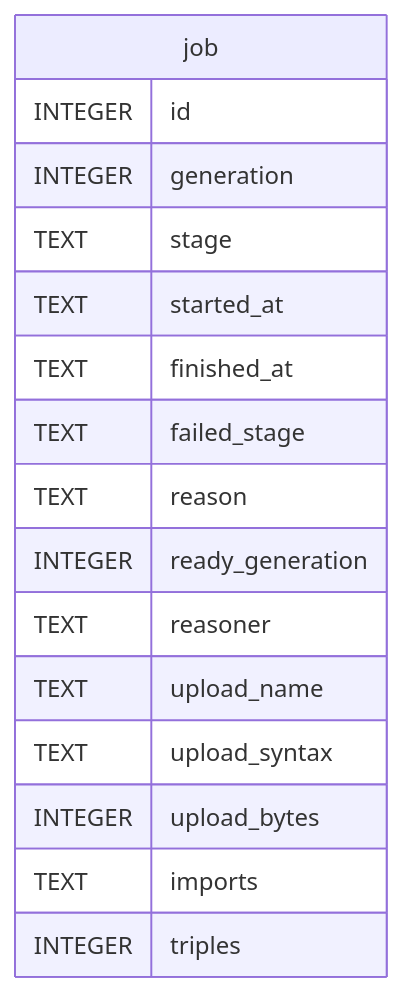
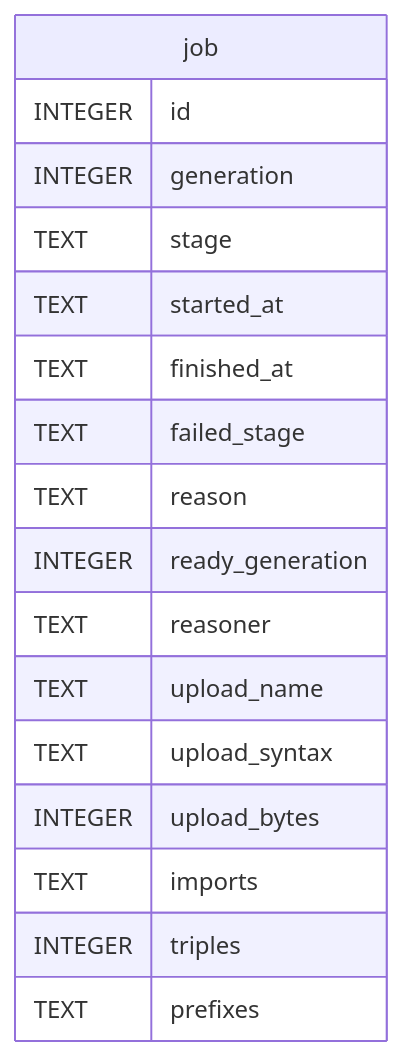
Before and after one commit to jclerman/browl: the diagram in docs/schema/state/README.md, drawn with Mermaid. The commit also changed other lines of this file and 27 other files, not shown here.

````diff
--- a/docs/schema/state/README.md
+++ b/docs/schema/state/README.md
@@ -18,21 +18,22 @@
 ```mermaid
 erDiagram
 
 
 "job" {
   INTEGER id
   INTEGER generation
   TEXT stage
   TEXT started_at
   TEXT finished_at
   TEXT failed_stage
   TEXT reason
   INTEGER ready_generation
   TEXT reasoner
   TEXT upload_name
   TEXT upload_syntax
   INTEGER upload_bytes
   TEXT imports
   INTEGER triples
+  TEXT prefixes
 }
 ```
````
